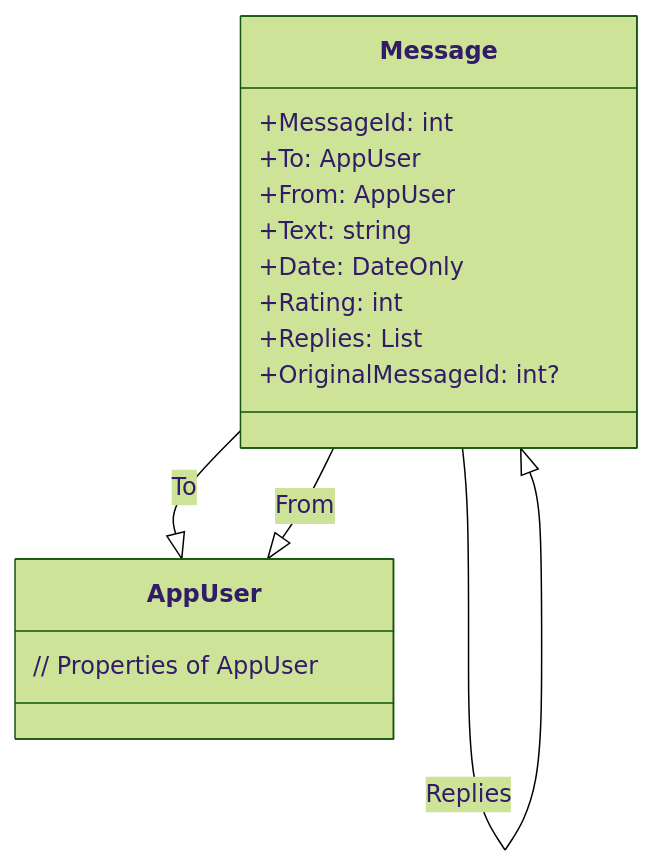
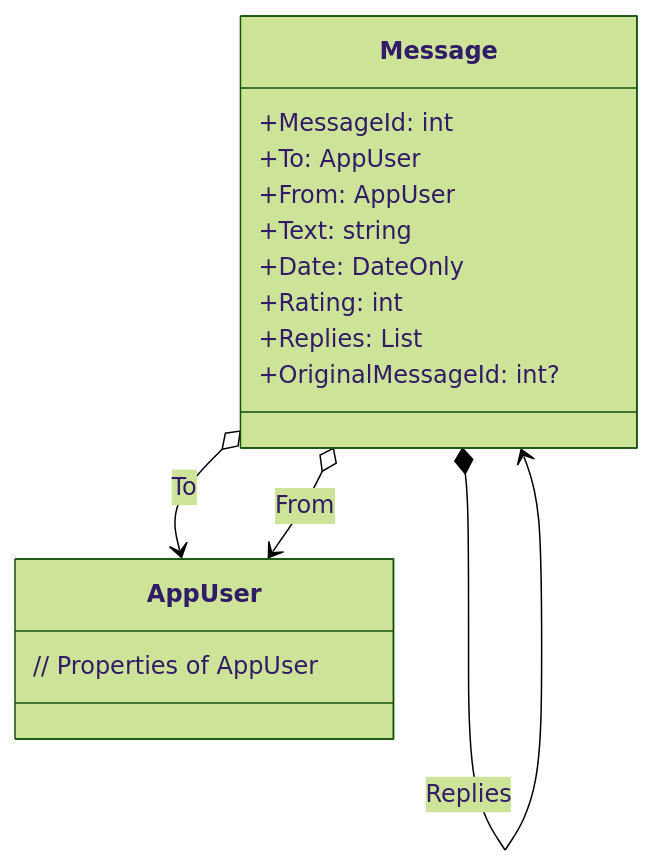
The diagram in LectureNotes/CS296N-LN-WK06-D1-MoreComplexDomain.md (LCC-CIT/CS296N-CourseMaterials), drawn with Mermaid (forest theme) before and after one commit. The commit also changed 1 other file, not shown here.

Commit message:
Corrected the UML diagram

````diff
--- a/LectureNotes/CS296N-LN-WK06-D1-MoreComplexDomain.md
+++ b/LectureNotes/CS296N-LN-WK06-D1-MoreComplexDomain.md
@@ -52,21 +52,21 @@
 ```mermaid
 classDiagram
     class Message {
         +MessageId: int
         +To: AppUser
         +From: AppUser
         +Text: string
         +Date: DateOnly
         +Rating: int
         +Replies: List<Message>
         +OriginalMessageId: int?
     }
 
     class AppUser {
         // Properties of AppUser
     }
 
-    Message --|> AppUser : To
-    Message --|> AppUser : From
-    Message --|> Message : Replies
+    Message o--> AppUser : To
+    Message o--> AppUser : From
+    Message *--> Message : Replies
 ```
````
